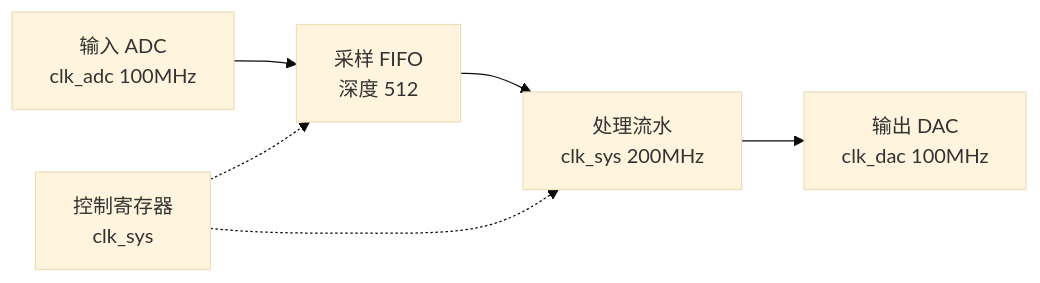
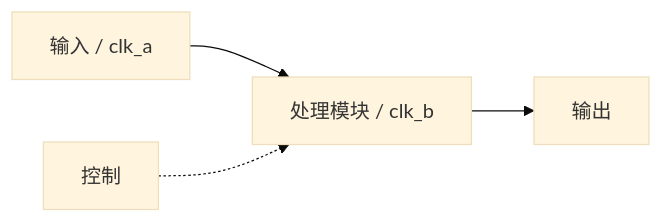
The diagram in presets/fpga-workbench/skills/fpga-project-spec/SKILL.md (fsk2142/dsh-fpga-workbench), drawn with Mermaid (base theme) before and after one commit. The commit also changed other lines of this file and 19 other files, not shown here.

````diff
--- a/presets/fpga-workbench/skills/fpga-project-spec/SKILL.md
+++ b/presets/fpga-workbench/skills/fpga-project-spec/SKILL.md
@@ -124,8 +94,5 @@
 ```mermaid
 flowchart LR
-  IN["输入 ADC<br/>clk_adc 100MHz"] --> FIFO["采样 FIFO<br/>深度 512"]
-  FIFO --> CORE["处理流水<br/>clk_sys 200MHz"]
-  CORE --> OUT["输出 DAC<br/>clk_dac 100MHz"]
-  CTRL["控制寄存器<br/>clk_sys"] -.-> FIFO
-  CTRL -.-> CORE
+  IN["输入 / clk_a"] --> CORE["处理模块 / clk_b"] --> OUT["输出"]
+  CTRL["控制"] -.-> CORE
 ```
````
